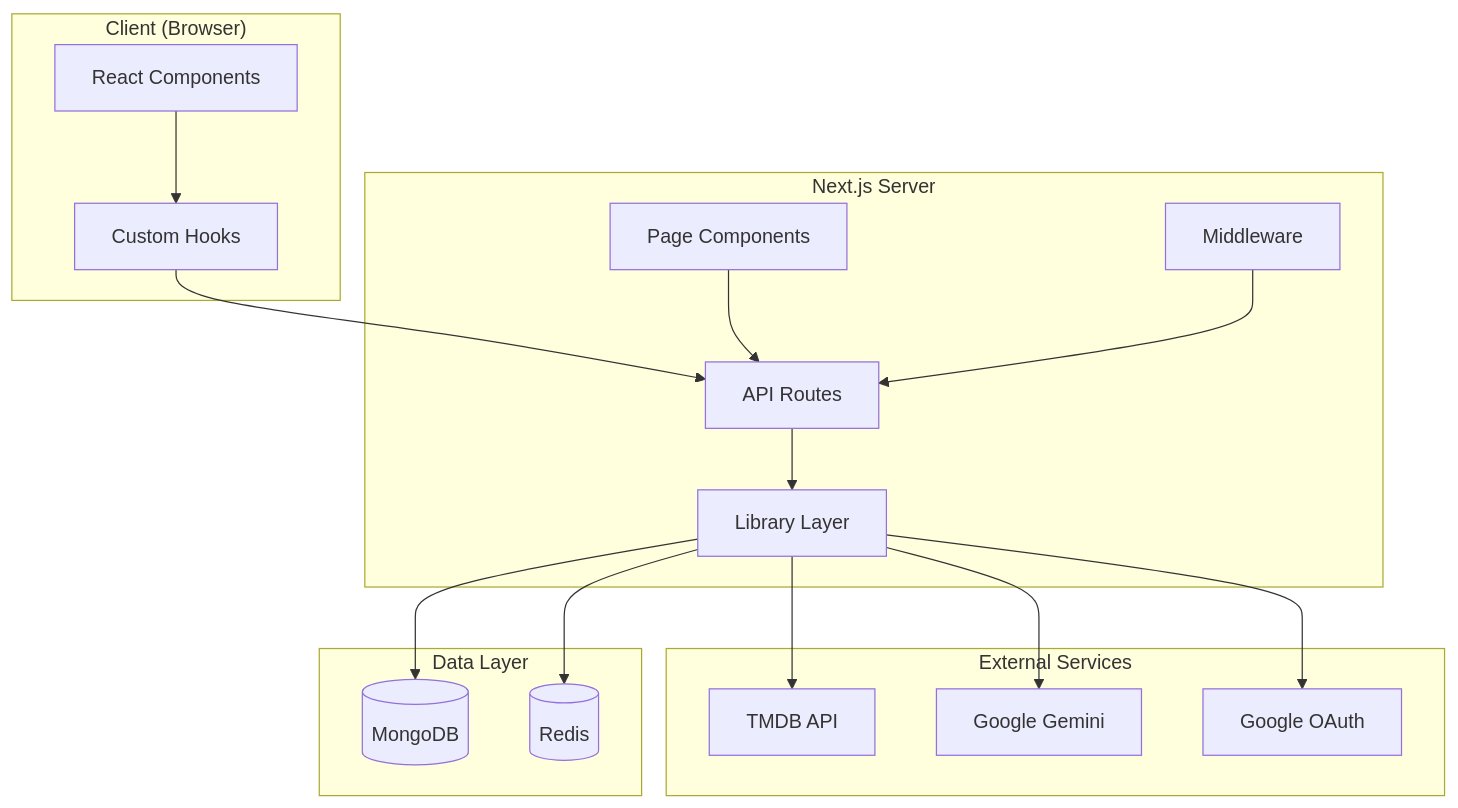
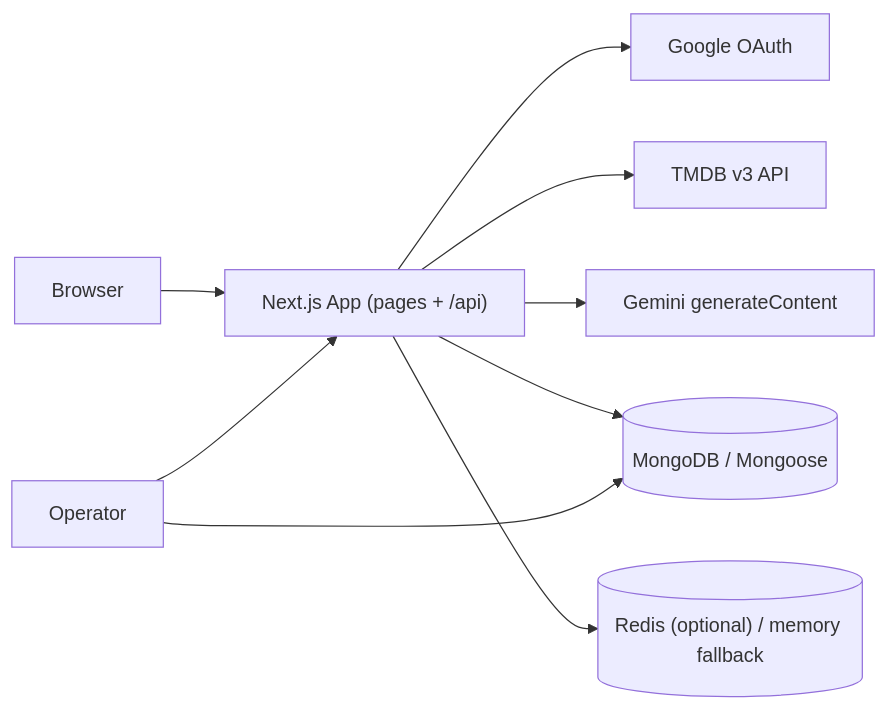
The first of 5 diagrams in docs/PROJECT_BLUEPRINT.md (amrhanyy/movie-recommendation-system), drawn with Mermaid before and after one commit. The commit also changed other lines of this file and 6 other files, not shown here.

````diff
--- a/docs/PROJECT_BLUEPRINT.md
+++ b/docs/PROJECT_BLUEPRINT.md
@@ -72,36 +98,11 @@
 ```mermaid
-graph TB
-    subgraph Client["Client (Browser)"]
-        UI[React Components]
-        Hooks[Custom Hooks]
-    end
-    
-    subgraph Next["Next.js Server"]
-        Pages[Page Components]
-        API[API Routes]
-        Middleware[Middleware]
-        Lib[Library Layer]
-    end
-    
-    subgraph External["External Services"]
-        TMDB[TMDB API]
-        Gemini[Google Gemini]
-        Google[Google OAuth]
-    end
-    
-    subgraph Data["Data Layer"]
-        MongoDB[(MongoDB)]
-        Redis[(Redis)]
-    end
-    
-    UI --> Hooks
-    Hooks --> API
-    Pages --> API
-    Middleware --> API
-    API --> Lib
-    Lib --> TMDB
-    Lib --> Gemini
-    Lib --> Google
-    Lib --> MongoDB
-    Lib --> Redis
+flowchart LR
+  Browser --> NextApp["Next.js App (pages + /api)"]
+  NextApp --> Google["Google OAuth"]
+  NextApp --> TMDB["TMDB v3 API"]
+  NextApp --> Gemini["Gemini generateContent"]
+  NextApp --> Mongo[("MongoDB / Mongoose")]
+  NextApp --> Redis[("Redis (optional) / memory fallback")]
+  Operator --> NextApp
+  Operator --> Mongo
 ```
````
